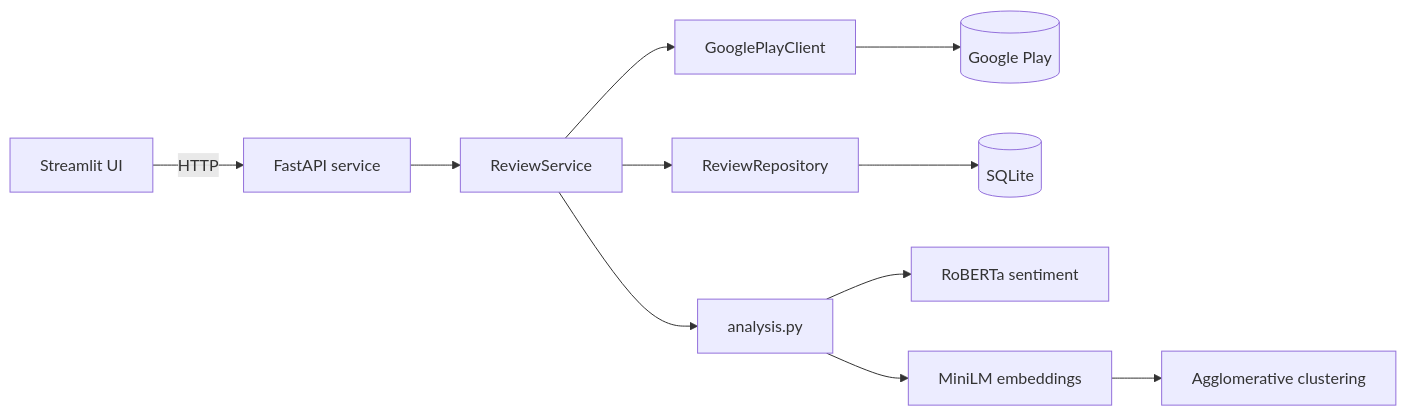
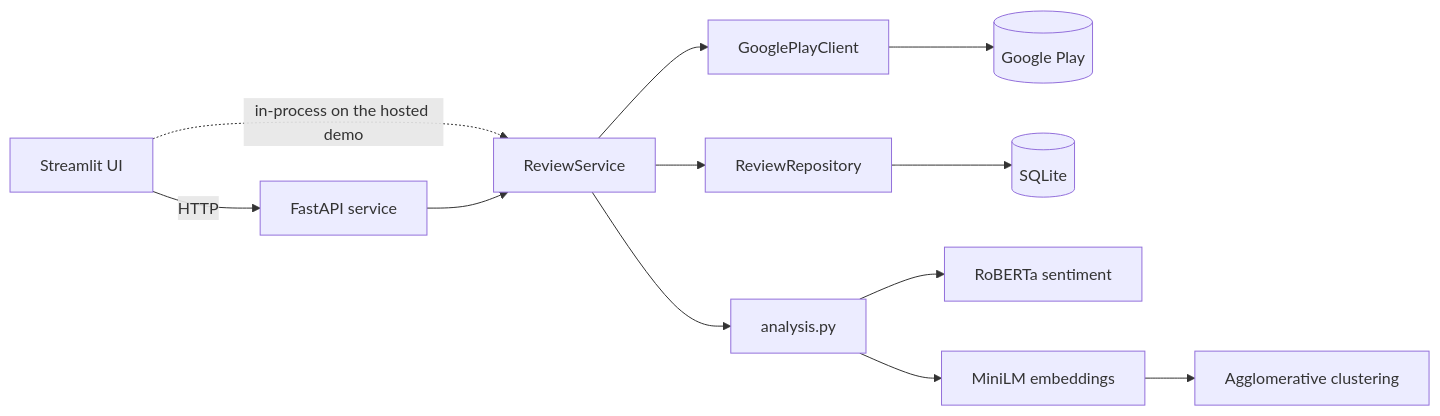
One commit to Dreem-R/PlayStore-review-analyzer changed the diagram in README.md. Above: the diagram before and after it, drawn with Mermaid. The commit also changed other lines of this file and 1 other file, not shown here.

Commit message:
docs: document the hosted demo and its scraping safeguards

````diff
--- a/README.md
+++ b/README.md
@@ -16,10 +18,11 @@
 ```mermaid
 flowchart LR
     UI[Streamlit UI] -->|HTTP| API[FastAPI service]
+    UI -.->|in-process on the hosted demo| Service
     API --> Service[ReviewService]
     Service --> Scraper[GooglePlayClient] --> Play[(Google Play)]
     Service --> Repo[ReviewRepository] --> DB[(SQLite)]
     Service --> Analysis[analysis.py]
     Analysis --> Sentiment[RoBERTa sentiment]
     Analysis --> Embedder[MiniLM embeddings] --> Clusters[Agglomerative clustering]
 ```
````
